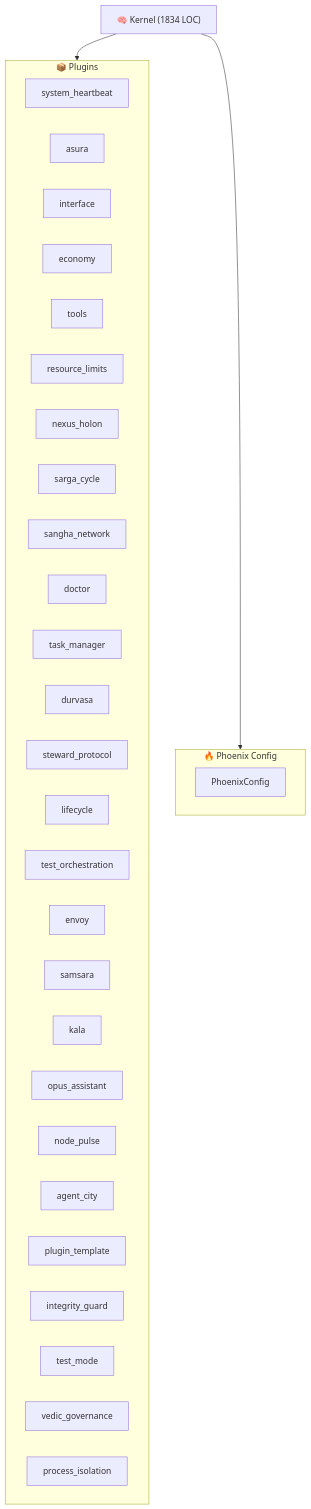
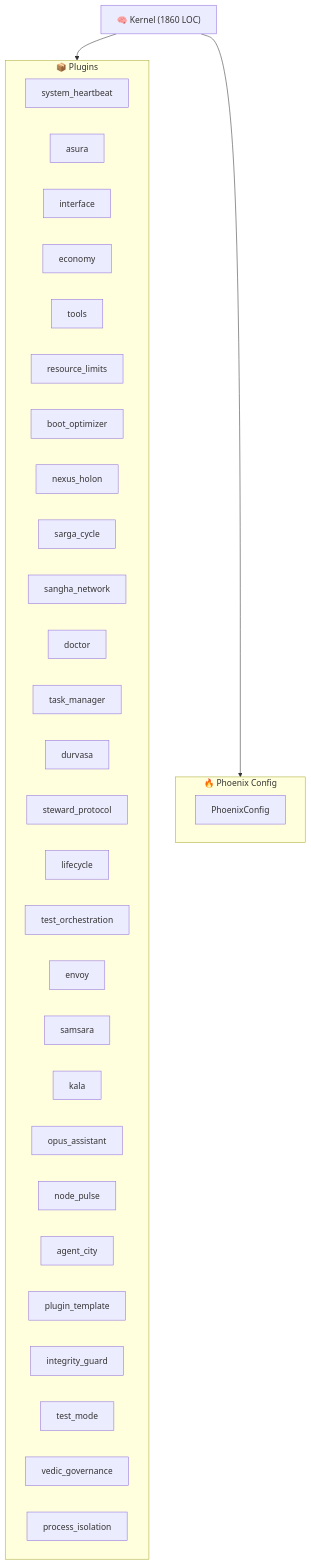
One commit to kimeisele/steward-protocol changed the diagram in ARCHITECTURE.md. Above: the diagram before and after it, drawn with Mermaid. The commit also changed other lines of this file and 18 other files, not shown here.

````diff
--- a/ARCHITECTURE.md
+++ b/ARCHITECTURE.md
@@ -8,37 +8,38 @@
 ```mermaid
 graph TB
-    K["🧠 Kernel (1834 LOC)"]
+    K["🧠 Kernel (1860 LOC)"]
     subgraph Plugins["📦 Plugins"]
         P_system_heartbeat["system_heartbeat"]
         P_asura["asura"]
         P_interface["interface"]
         P_economy["economy"]
         P_tools["tools"]
         P_resource_limits["resource_limits"]
+        P_boot_optimizer["boot_optimizer"]
         P_nexus_holon["nexus_holon"]
         P_sarga_cycle["sarga_cycle"]
         P_sangha_network["sangha_network"]
         P_doctor["doctor"]
         P_task_manager["task_manager"]
         P_durvasa["durvasa"]
         P_steward_protocol["steward_protocol"]
         P_lifecycle["lifecycle"]
         P_test_orchestration["test_orchestration"]
         P_envoy["envoy"]
         P_samsara["samsara"]
         P_kala["kala"]
         P_opus_assistant["opus_assistant"]
         P_node_pulse["node_pulse"]
         P_agent_city["agent_city"]
         P_plugin_template["plugin_template"]
         P_integrity_guard["integrity_guard"]
         P_test_mode["test_mode"]
         P_vedic_governance["vedic_governance"]
         P_process_isolation["process_isolation"]
     end
     K --> Plugins
     subgraph Config["🔥 Phoenix Config"]
         PC[PhoenixConfig]
     end
     K --> Config
 ```
````
